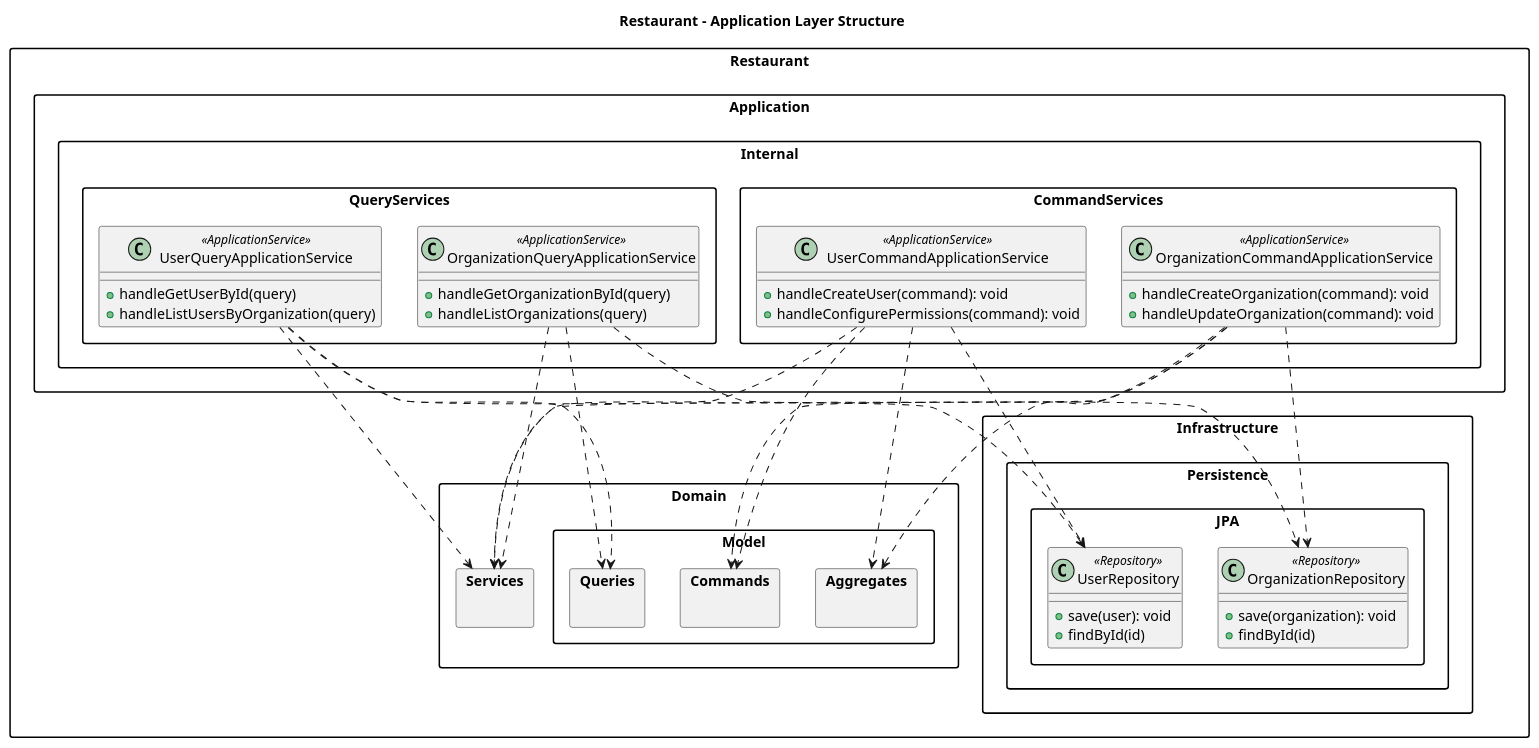
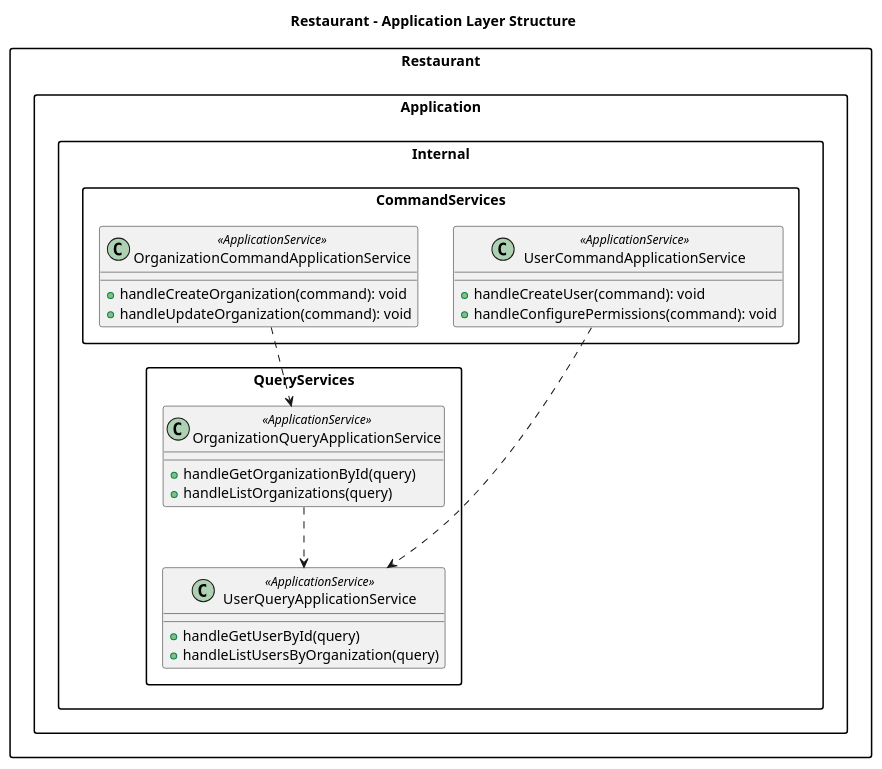
One commit to Soulware-IoT/report changed the diagram in img/capitulo_4/tactical_ddd/restaurant/restaurant_application.puml. Above: the diagram before and after it, drawn with PlantUML. The commit also changed 8 other files, not shown here.

```diff
--- a/img/capitulo_4/tactical_ddd/restaurant/restaurant_application.puml
+++ b/img/capitulo_4/tactical_ddd/restaurant/restaurant_application.puml
@@ -1,71 +1,35 @@
 @startuml
 skinparam packageStyle rectangle
 
 title Restaurant - Application Layer Structure
 
 package "Restaurant" {
-    package "Domain" {
-        package "Model" {
-            package "Aggregates" {}
-            package "Commands" {}
-            package "Queries" {}
-        }
-        package "Services" {}
-    }
-
     package "Application.Internal" {
         package "CommandServices" {
             class OrganizationCommandApplicationService <<ApplicationService>> {
                 +handleCreateOrganization(command): void
                 +handleUpdateOrganization(command): void
             }
             class UserCommandApplicationService <<ApplicationService>> {
                 +handleCreateUser(command): void
                 +handleConfigurePermissions(command): void
             }
         }
         package "QueryServices" {
             class OrganizationQueryApplicationService <<ApplicationService>> {
                 +handleGetOrganizationById(query)
                 +handleListOrganizations(query)
             }
             class UserQueryApplicationService <<ApplicationService>> {
                 +handleGetUserById(query)
                 +handleListUsersByOrganization(query)
             }
         }
     }
-
-    package "Infrastructure.Persistence" {
-        package "JPA" {
-            class OrganizationRepository <<Repository>> {
-                +save(organization): void
-                +findById(id)
-            }
-            class UserRepository <<Repository>> {
-                +save(user): void
-                +findById(id)
-            }
-        }
-    }
 }
 
 ' === RELACIONES DE APPLICATION: Restaurant ===
-Restaurant.Application.Internal.CommandServices.OrganizationCommandApplicationService ..> Restaurant.Domain.Services
-Restaurant.Application.Internal.CommandServices.OrganizationCommandApplicationService ..> Restaurant.Domain.Model.Commands
-Restaurant.Application.Internal.CommandServices.OrganizationCommandApplicationService ..> Restaurant.Domain.Model.Aggregates
-Restaurant.Application.Internal.CommandServices.OrganizationCommandApplicationService ..> Restaurant.Infrastructure.Persistence.JPA.OrganizationRepository
-
-Restaurant.Application.Internal.CommandServices.UserCommandApplicationService ..> Restaurant.Domain.Services
-Restaurant.Application.Internal.CommandServices.UserCommandApplicationService ..> Restaurant.Domain.Model.Commands
-Restaurant.Application.Internal.CommandServices.UserCommandApplicationService ..> Restaurant.Domain.Model.Aggregates
-Restaurant.Application.Internal.CommandServices.UserCommandApplicationService ..> Restaurant.Infrastructure.Persistence.JPA.UserRepository
-
-Restaurant.Application.Internal.QueryServices.OrganizationQueryApplicationService ..> Restaurant.Domain.Services
-Restaurant.Application.Internal.QueryServices.OrganizationQueryApplicationService ..> Restaurant.Domain.Model.Queries
-Restaurant.Application.Internal.QueryServices.OrganizationQueryApplicationService ..> Restaurant.Infrastructure.Persistence.JPA.OrganizationRepository
-
-Restaurant.Application.Internal.QueryServices.UserQueryApplicationService ..> Restaurant.Domain.Services
-Restaurant.Application.Internal.QueryServices.UserQueryApplicationService ..> Restaurant.Domain.Model.Queries
-Restaurant.Application.Internal.QueryServices.UserQueryApplicationService ..> Restaurant.Infrastructure.Persistence.JPA.UserRepository
+Restaurant.Application.Internal.CommandServices.OrganizationCommandApplicationService ..> Restaurant.Application.Internal.QueryServices.OrganizationQueryApplicationService
+Restaurant.Application.Internal.CommandServices.UserCommandApplicationService ..> Restaurant.Application.Internal.QueryServices.UserQueryApplicationService
+Restaurant.Application.Internal.QueryServices.OrganizationQueryApplicationService ..> Restaurant.Application.Internal.QueryServices.UserQueryApplicationService
 @enduml
```
